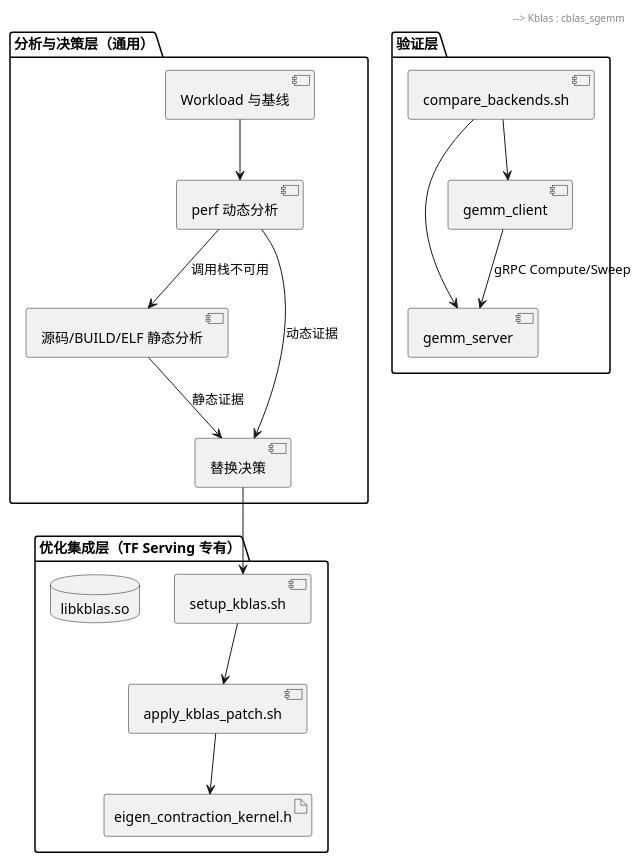
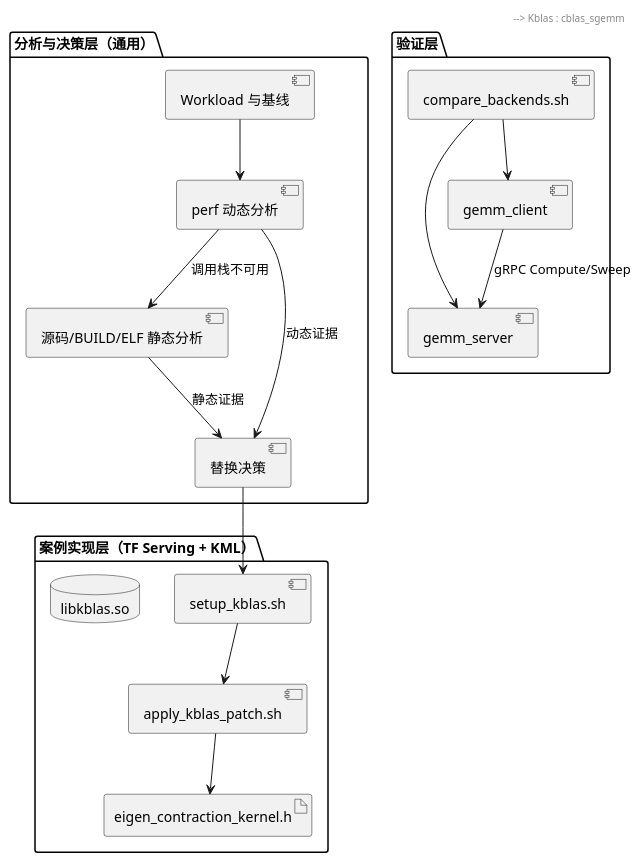
The second of 6 diagrams in references/detailed-design.md (wlmnzf40/kblas-gemm-tuning), drawn with PlantUML before and after one commit. The commit also changed other lines of this file, not shown here.

Commit message:
docs: present TF Serving as KML case study

````diff
--- a/references/detailed-design.md
+++ b/references/detailed-design.md
@@ -92,38 +92,38 @@
 ```plantuml
 @startuml
 skinparam defaultFontName "Microsoft YaHei"
 skinparam classAttributeIconSize 0
 
 package "分析与决策层（通用）" {
   component "Workload 与基线" as Baseline
   component "perf 动态分析" as Perf
   component "源码/BUILD/ELF 静态分析" as Static
   component "替换决策" as Decision
 }
 
-package "优化集成层（TF Serving 专有）" {
+package "案例实现层（TF Serving + KML）" {
   component "setup_kblas.sh" as Setup
   component "apply_kblas_patch.sh" as Patch
   artifact "eigen_contraction_kernel.h" as Header
   database "libkblas.so" as Kblas
 }
 
 package "验证层" {
   component "gemm_server" as Server
   component "gemm_client" as Client
   component "compare_backends.sh" as Compare
 }
 
 Baseline --> Perf
 Perf --> Decision : 动态证据
 Perf --> Static : 调用栈不可用
 Static --> Decision : 静态证据
 Decision --> Setup
 Setup --> Patch
 Patch --> Header
 Header --> Kblas : cblas_sgemm
 Compare --> Server
 Compare --> Client
 Client --> Server : gRPC Compute/Sweep
 @enduml
 ```
````
